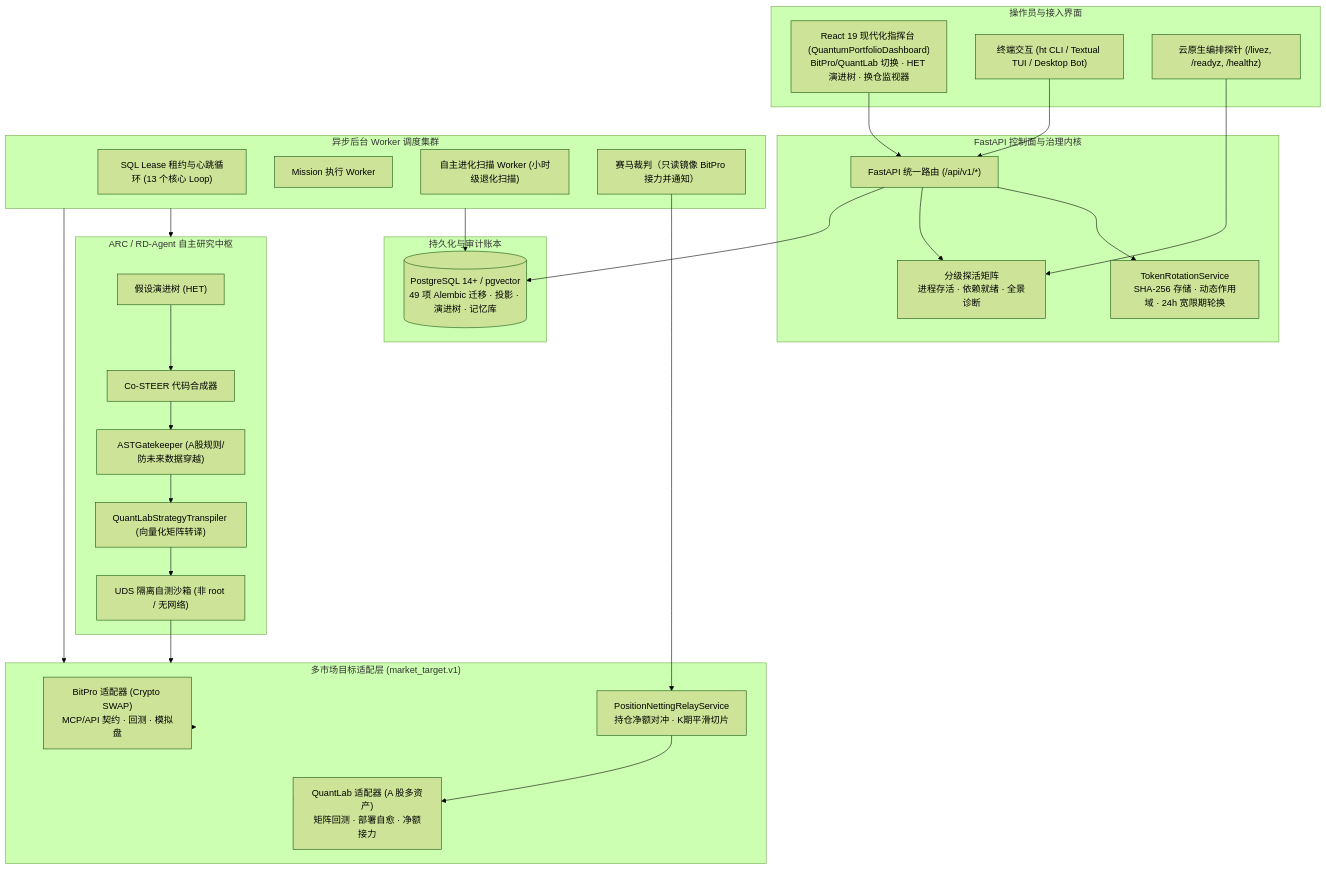
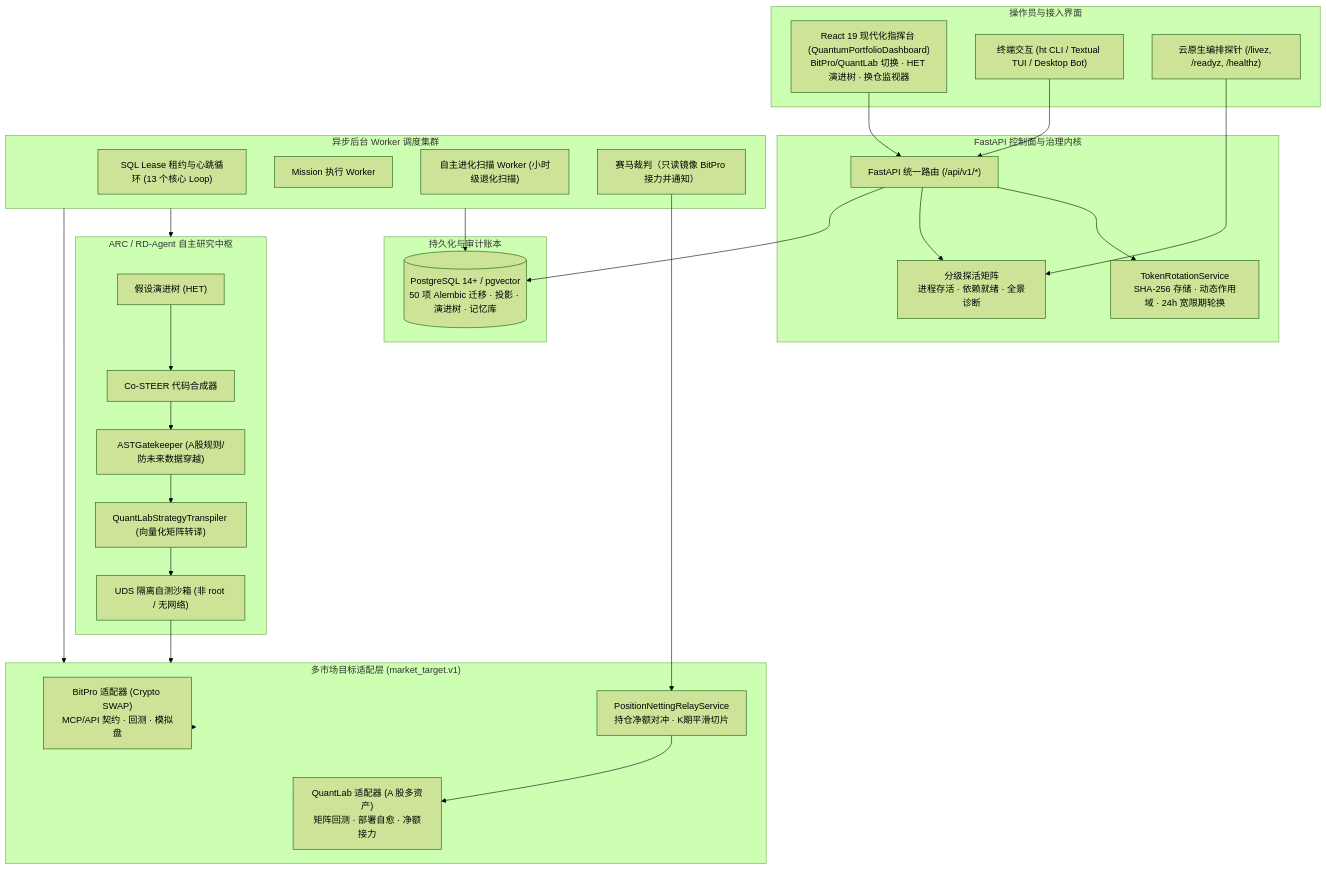
The diagram in docs/architecture/33-system-architecture.md (Shadowell/HyperTrade), drawn with Mermaid (forest theme) before and after one commit. The commit also changed other lines of this file and 10 other files, not shown here.

````diff
--- a/docs/architecture/33-system-architecture.md
+++ b/docs/architecture/33-system-architecture.md
@@ -50,55 +50,55 @@
 ```mermaid
 flowchart TB
   subgraph Surfaces["操作员与接入界面"]
     Web["React 19 现代化指挥台 (QuantumPortfolioDashboard)<br/>BitPro/QuantLab 切换 · HET 演进树 · 换仓监视器"]
     CLI["终端交互 (ht CLI / Textual TUI / Desktop Bot)"]
     K8s["云原生编排探针 (/livez, /readyz, /healthz)"]
   end
 
   subgraph ControlPlane["FastAPI 控制面与治理内核"]
     API["FastAPI 统一路由 (/api/v1/*)"]
     TokenManager["TokenRotationService<br/>SHA-256 存储 · 动态作用域 · 24h 宽限期轮换"]
     HealthProbes["分级探活矩阵<br/>进程存活 · 依赖就绪 · 全景诊断"]
     API --> TokenManager
     API --> HealthProbes
   end
 
   subgraph WorkerCore["异步后台 Worker 调度集群"]
     WorkerLoop["SQL Lease 租约与心跳循环 (13 个核心 Loop)"]
     MissionWorker["Mission 执行 Worker"]
     EvolutionWorker["自主进化扫描 Worker (小时级退化扫描)"]
     RaceJudgeWorker["赛马裁判（只读镜像 BitPro 接力并通知）"]
   end
 
   subgraph ResearchEngine["ARC / RD-Agent 自主研究中枢"]
     HET["假设演进树 (HET)"]
     CoSTEER["Co-STEER 代码合成器"]
     ASTGate["ASTGatekeeper (A股规则/防未来数据穿越)"]
     Transpiler["QuantLabStrategyTranspiler (向量化矩阵转译)"]
     Sandbox["UDS 隔离自测沙箱 (非 root / 无网络)"]
     
     HET --> CoSTEER --> ASTGate --> Transpiler --> Sandbox
   end
 
   subgraph TargetAdapters["多市场目标适配层 (market_target.v1)"]
     BitProAdapter["BitPro 适配器 (Crypto SWAP)<br/>MCP/API 契约 · 回测 · 模拟盘"]
     QuantLabAdapter["QuantLab 适配器 (A 股多资产)<br/>矩阵回测 · 部署自愈 · 净额接力"]
     NettingService["PositionNettingRelayService<br/>持仓净额对冲 · K期平滑切片"]
   end
 
   subgraph Persistence["持久化与审计账本"]
-    PG[("PostgreSQL 14+ / pgvector<br/>49 项 Alembic 迁移 · 投影 · 演进树 · 记忆库")]
+    PG[("PostgreSQL 14+ / pgvector<br/>50 项 Alembic 迁移 · 投影 · 演进树 · 记忆库")]
   end
 
   Web --> API
   CLI --> API
   K8s --> HealthProbes
   API --> PG
   WorkerCore --> PG
   WorkerCore --> ResearchEngine
   WorkerCore --> TargetAdapters
   Sandbox --> TargetAdapters
   RaceJudgeWorker --> NettingService --> QuantLabAdapter
   TargetAdapters --> BitProAdapter
   TargetAdapters --> QuantLabAdapter
 ```
````
